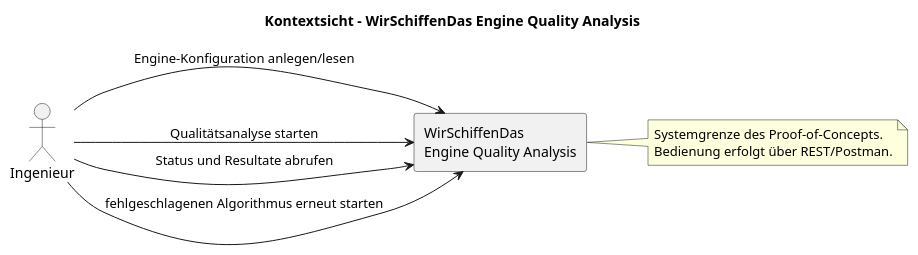
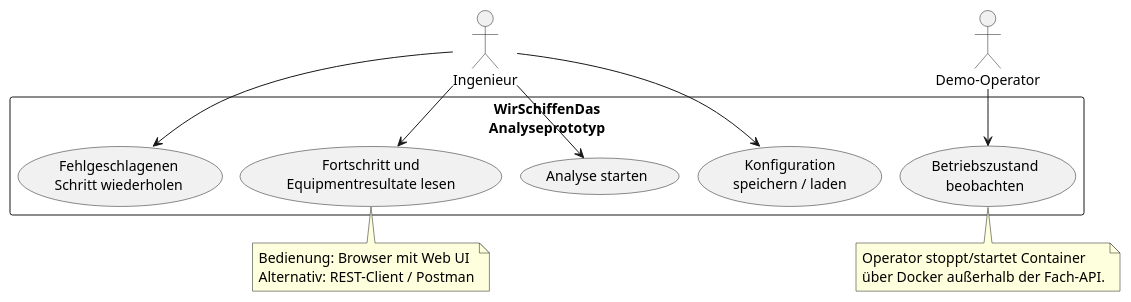
The diagram in docs/diagrams/context.puml (yunusemresirin/WirSchiffenDas), drawn with PlantUML before and after one commit. The commit also changed 101 other files, not shown here.

```diff
--- a/docs/diagrams/context.puml
+++ b/docs/diagrams/context.puml
@@ -1,20 +1,31 @@
 @startuml
-left to right direction
-skinparam componentStyle rectangle
-
-title Kontextsicht – WirSchiffenDas Engine Quality Analysis
-
+!pragma layout smetana
+skinparam backgroundColor white
+skinparam shadowing false
+skinparam defaultFontName Arial
+skinparam defaultFontSize 14
+skinparam packageStyle rectangle
+top to bottom direction
 actor "Ingenieur" as Engineer
-rectangle "WirSchiffenDas\nEngine Quality Analysis" as System
-
-Engineer --> System : Engine-Konfiguration anlegen/lesen
-Engineer --> System : Qualitätsanalyse starten
-Engineer --> System : Status und Resultate abrufen
-Engineer --> System : fehlgeschlagenen Algorithmus erneut starten
-
-note right of System
-  Systemgrenze des Proof-of-Concepts.
-  Bedienung erfolgt über REST/Postman.
+actor "Demo-Operator" as Operator
+rectangle "WirSchiffenDas\nAnalyseprototyp" {
+  usecase "Konfiguration\nspeichern / laden" as Configuration
+  usecase "Analyse starten" as Start
+  usecase "Fortschritt und\nEquipmentresultate lesen" as Read
+  usecase "Fehlgeschlagenen\nSchritt wiederholen" as Retry
+  usecase "Betriebszustand\nbeobachten" as Monitor
+}
+Engineer --> Configuration
+Engineer --> Start
+Engineer --> Read
+Engineer --> Retry
+Operator --> Monitor
+note bottom of Read
+  Bedienung: Browser mit Web UI
+  Alternativ: REST-Client / Postman
 end note
-
+note bottom of Monitor
+  Operator stoppt/startet Container
+  über Docker außerhalb der Fach-API.
+end note
 @enduml
```
